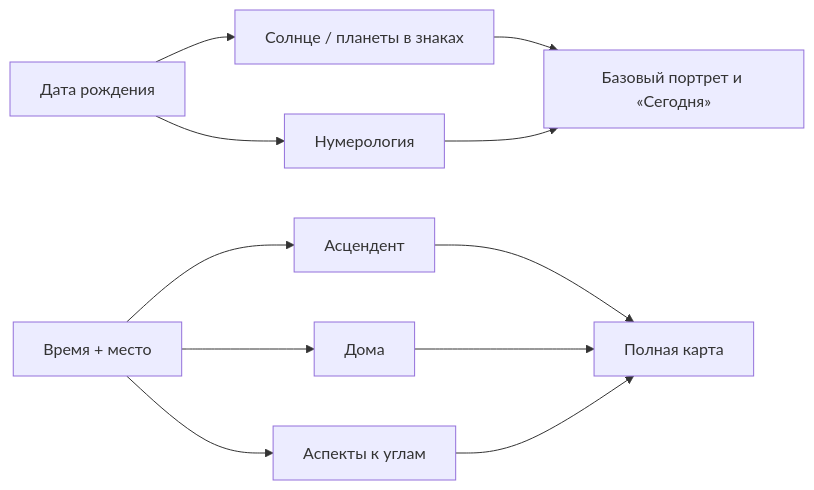
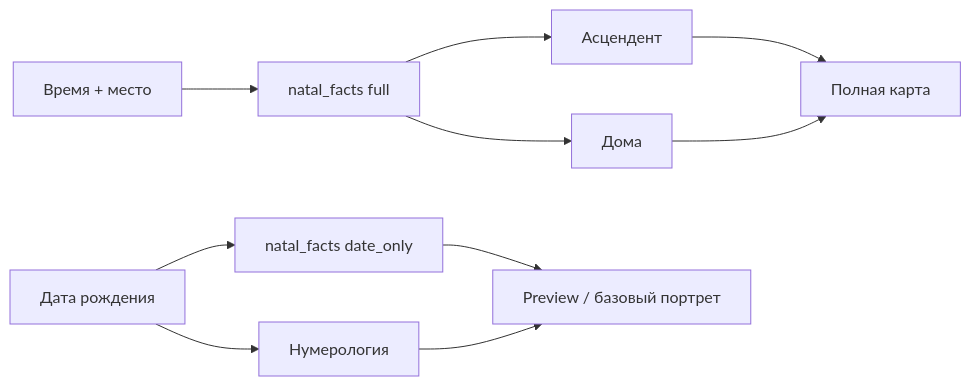
Before and after one commit to igortatarynovich/TodayFlow: the second of 4 diagrams in docs/audits/FULL_USER_PATH_CANON_V1.md, drawn with Mermaid. The commit also changed other lines of this file and 19 other files, not shown here.

````diff
--- a/docs/audits/FULL_USER_PATH_CANON_V1.md
+++ b/docs/audits/FULL_USER_PATH_CANON_V1.md
@@ -324,13 +368,12 @@
 ```mermaid
 flowchart LR
-  BD[Дата рождения] --> SUN[Солнце / планеты в знаках]
+  BD[Дата рождения] --> NF[natal_facts date_only]
   BD --> NUM[Нумерология]
-  BT[Время + место] --> ASC[Асцендент]
-  BT --> HOUSES[Дома]
-  BT --> ANG[Аспекты к углам]
-  SUN --> BASE[Базовый портрет и «Сегодня»]
+  BT[Время + место] --> NFF[natal_facts full]
+  NFF --> ASC[Асцендент]
+  NFF --> HOUSES[Дома]
+  NF --> BASE[Preview / базовый портрет]
   NUM --> BASE
   ASC --> FULL[Полная карта]
   HOUSES --> FULL
-  ANG --> FULL
 ```
````
